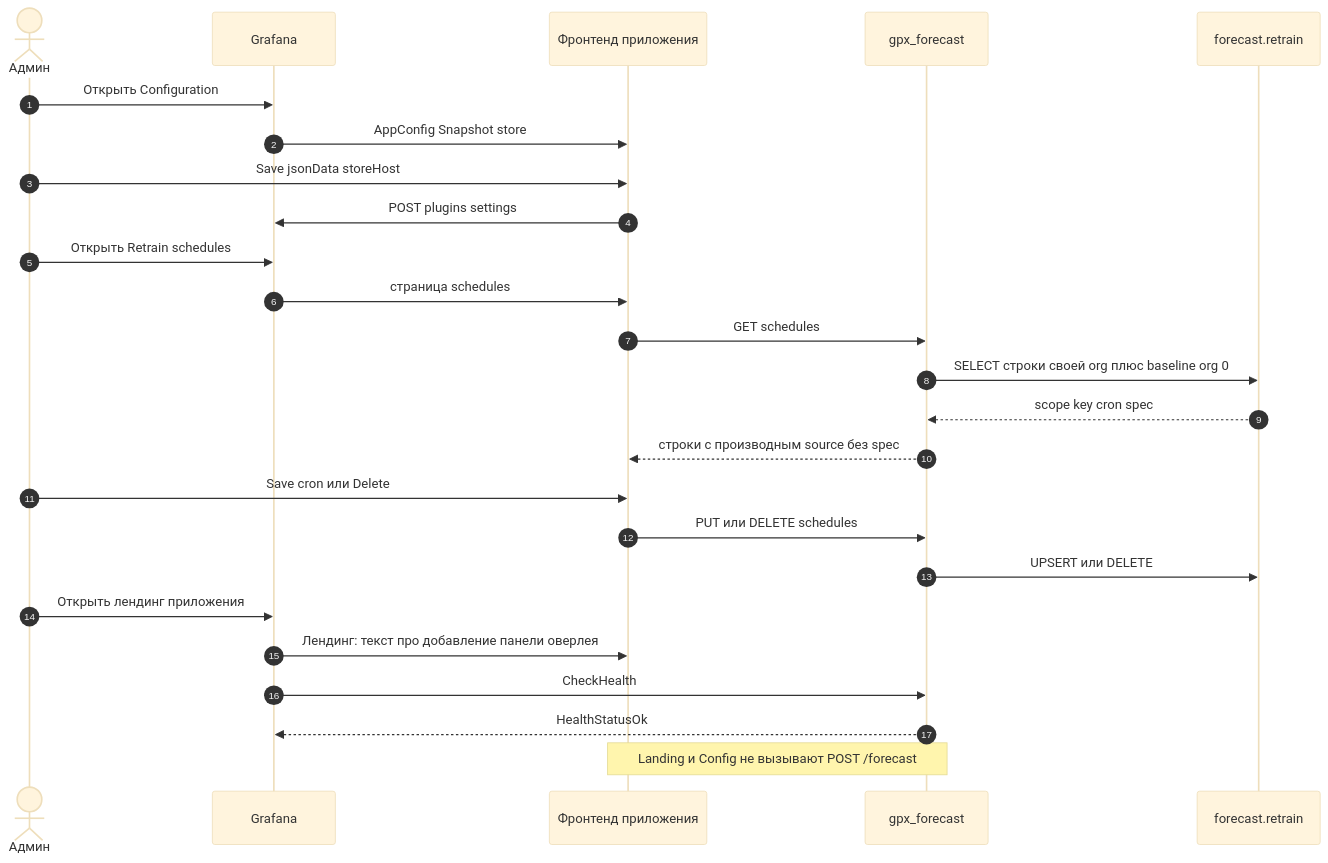
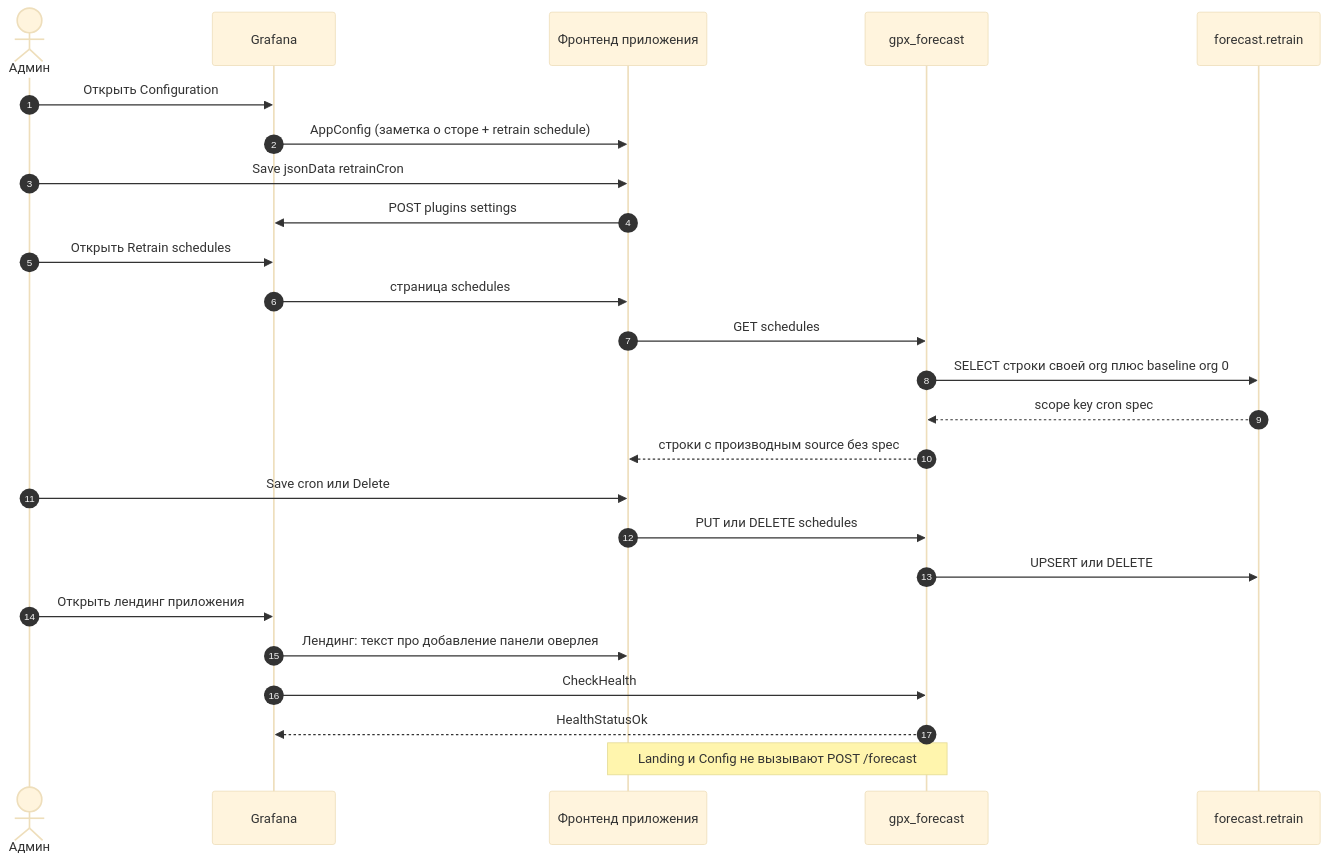
One commit to eduard-kolotushin/timeseries-grafana changed the diagram in diagrams/11-app-pages.md. Above: the diagram before and after it, drawn with Mermaid (base theme). The commit also changed other lines of this file and 22 other files, not shown here.

First line of the commit message:
Take the snapshot store out of the plugin's configuration UI and fix the audit's defects.

````diff
--- a/diagrams/11-app-pages.md
+++ b/diagrams/11-app-pages.md
@@ -13,28 +13,28 @@
 ```mermaid
 sequenceDiagram
   autonumber
   actor Admin as Админ
   participant Grafana
   participant App as Фронтенд приложения
   participant BE as gpx_forecast
   participant PG as forecast.retrain
 
   Admin->>Grafana: Открыть Configuration
-  Grafana->>App: AppConfig Snapshot store
-  Admin->>App: Save jsonData storeHost
+  Grafana->>App: AppConfig (заметка о сторе + retrain schedule)
+  Admin->>App: Save jsonData retrainCron
   App->>Grafana: POST plugins settings
   Admin->>Grafana: Открыть Retrain schedules
   Grafana->>App: страница schedules
   App->>BE: GET schedules
   BE->>PG: SELECT строки своей org плюс baseline org 0
   PG-->>BE: scope key cron spec
   BE-->>App: строки с производным source без spec
   Admin->>App: Save cron или Delete
   App->>BE: PUT или DELETE schedules
   BE->>PG: UPSERT или DELETE
   Admin->>Grafana: Открыть лендинг приложения
   Grafana->>App: Лендинг: текст про добавление панели оверлея
   Grafana->>BE: CheckHealth
   BE-->>Grafana: HealthStatusOk
   Note over App,BE: Landing и Config не вызывают POST /forecast
 ```
````
